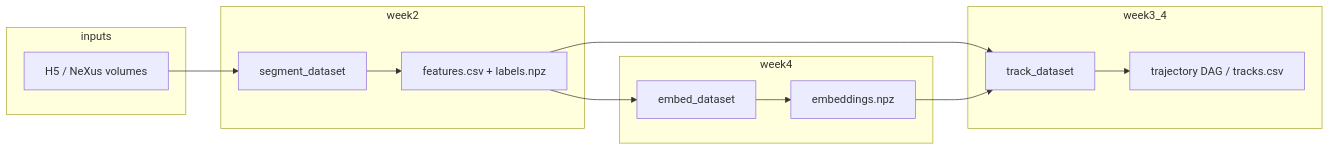
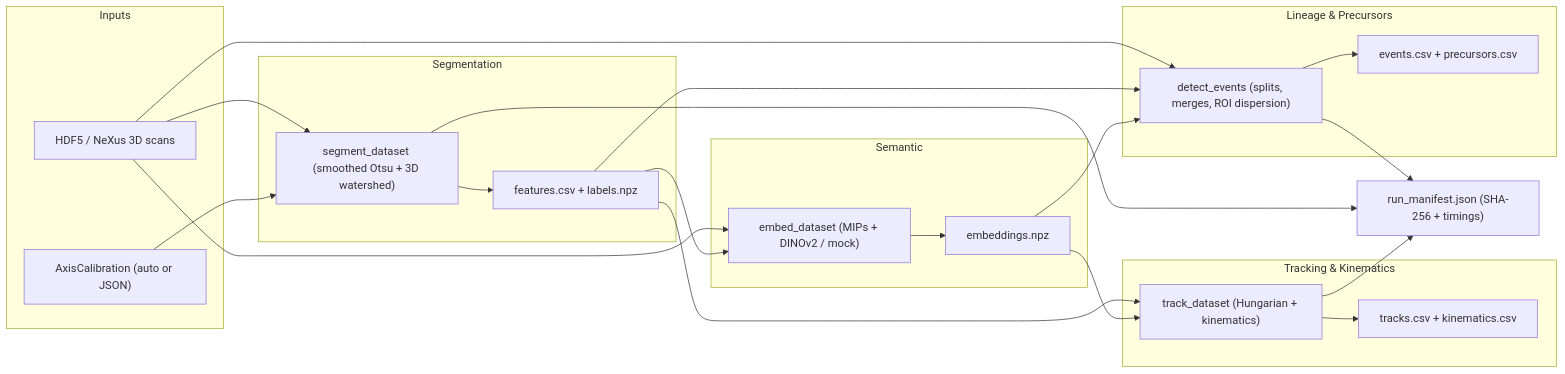
One commit to BASE-Laboratory/BraggTrack changed the diagram in docs/architecture.md. Above: the diagram before and after it, drawn with Mermaid. The commit also changed other lines of this file and 39 other files, not shown here.

Commit message:
feat(v0.2.0): fracture lineage DAG, persistent precursors, axis calibration, and reproducible pipeline

````diff
--- a/docs/architecture.md
+++ b/docs/architecture.md
@@ -37,22 +38,40 @@
 ```mermaid
 flowchart LR
-  subgraph inputs
-    H5[H5 / NeXus volumes]
+  subgraph inputs["Inputs"]
+    H5["HDF5 / NeXus 3D scans"]
+    CAL["AxisCalibration (auto or JSON)"]
   end
-  subgraph week2
-    SEG[segment_dataset]
-    FEAT[features.csv + labels.npz]
+  subgraph seg["Segmentation"]
+    SEG["segment_dataset (smoothed Otsu + 3D watershed)"]
+    FEAT["features.csv + labels.npz"]
   end
-  subgraph week4
-    EMB[embed_dataset]
-    NPZ[embeddings.npz]
+  subgraph sem["Semantic"]
+    EMB["embed_dataset (MIPs + DINOv2 / mock)"]
+    NPZ["embeddings.npz"]
   end
-  subgraph week3_4
-    TRK[track_dataset]
-    DAG[trajectory DAG / tracks.csv]
+  subgraph trk["Tracking & Kinematics"]
+    TRK["track_dataset (Hungarian + kinematics)"]
+    KIN["tracks.csv + kinematics.csv"]
   end
-  H5 --> SEG --> FEAT --> EMB --> NPZ
+  subgraph evt["Lineage & Precursors"]
+    EVT["detect_events (splits, merges, ROI dispersion)"]
+    OUT["events.csv + precursors.csv"]
+  end
+  MAN["run_manifest.json (SHA-256 + timings)"]
+
+  H5 --> SEG
+  CAL --> SEG
+  SEG --> FEAT
+  H5 --> EMB
+  FEAT --> EMB --> NPZ
   FEAT --> TRK
   NPZ --> TRK
-  TRK --> DAG
+  TRK --> KIN
+  H5 --> EVT
+  FEAT --> EVT
+  NPZ --> EVT
+  EVT --> OUT
+  SEG --> MAN
+  TRK --> MAN
+  EVT --> MAN
 ```
````
